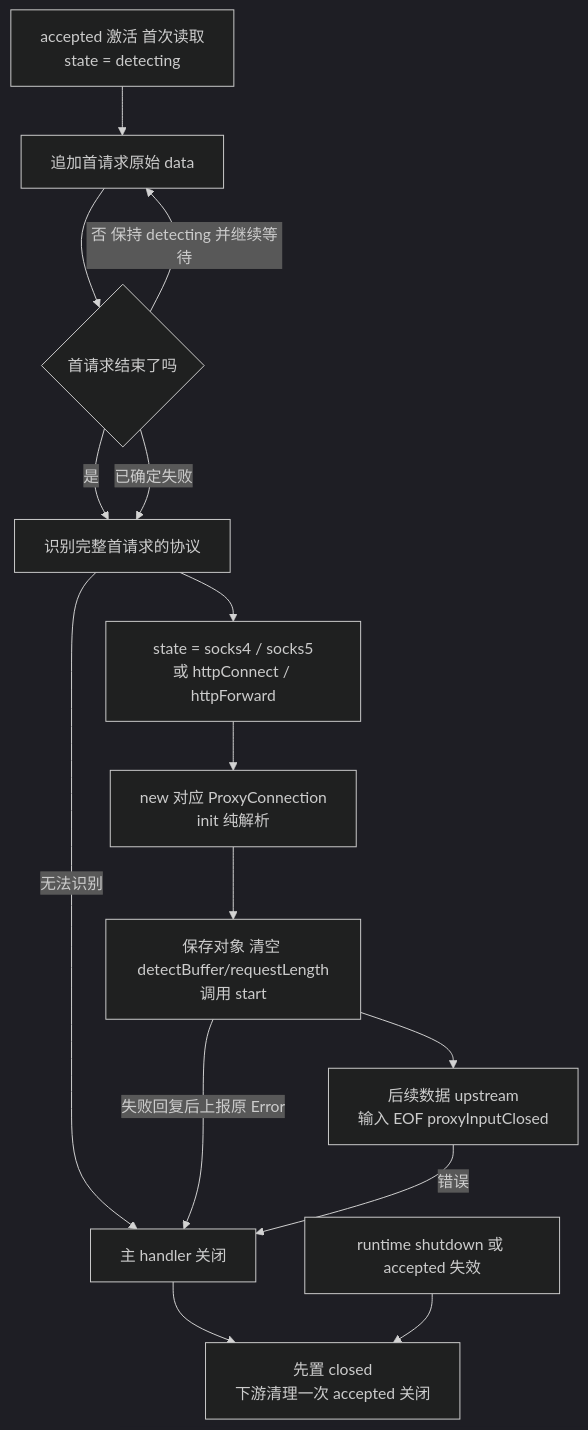
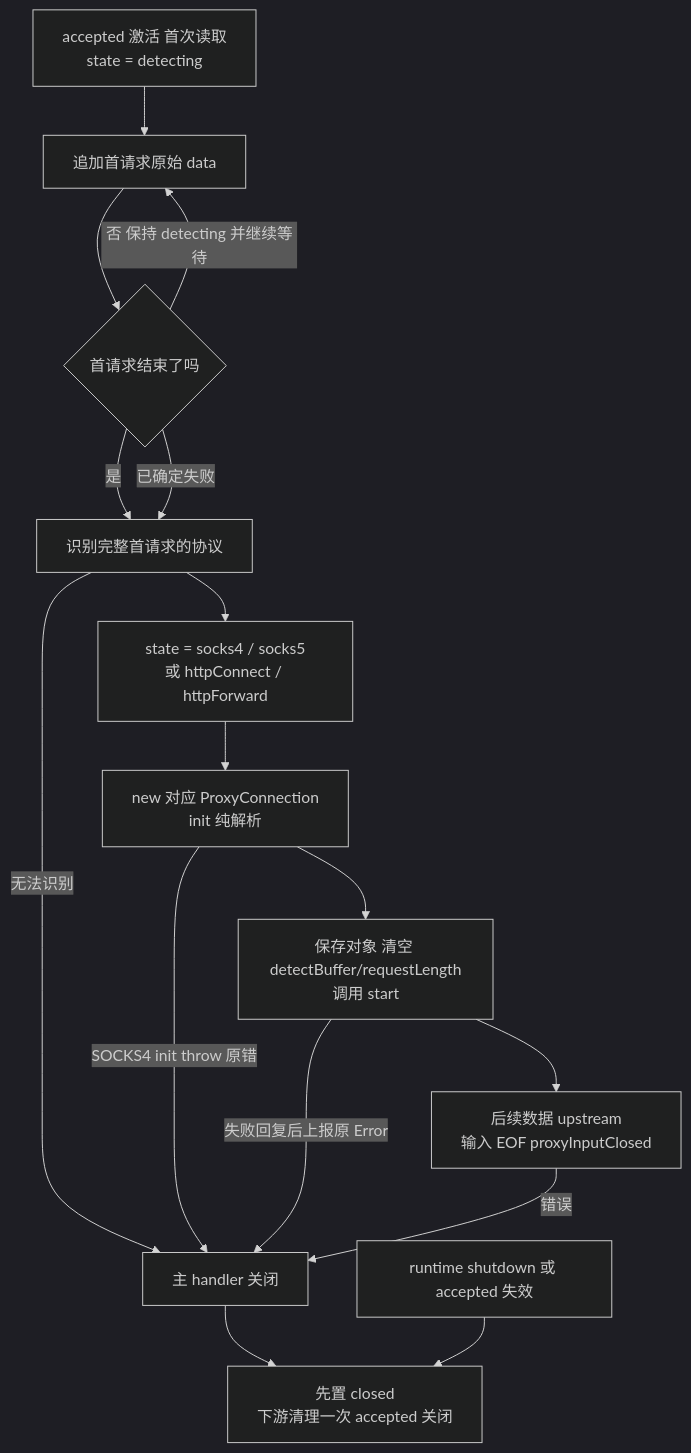
Before and after one commit to marlinl/magent: the first of 2 diagrams in Magent/docs/design/MagentTCPConnection-DESIGN.md, drawn with Mermaid (dark theme). The commit also changed other lines of this file and 10 other files, not shown here.

````diff
--- a/Magent/docs/design/MagentTCPConnection-DESIGN.md
+++ b/Magent/docs/design/MagentTCPConnection-DESIGN.md
@@ -247,17 +432,18 @@
 ```mermaid
 flowchart TD
     A[accepted 激活 首次读取<br/>state = detecting] --> B[追加首请求原始 data]
     B --> C{首请求结束了吗}
     C -->|否 保持 detecting 并继续等待| B
     C -->|是| D[识别完整首请求的协议]
     D --> E[state = socks4 / socks5<br/>或 httpConnect / httpForward]
     E --> F[new 对应 ProxyConnection<br/>init 纯解析]
     F --> G[保存对象 清空 detectBuffer/requestLength<br/>调用 start]
     G --> H[后续数据 upstream<br/>输入 EOF proxyInputClosed]
     C -->|已确定失败| D
     D -->|无法识别| I[主 handler 关闭]
+    F -->|SOCKS4 init throw 原错| I
     G -->|失败回复后上报原 Error| I
     H -->|错误| I
     I --> J[先置 closed<br/>下游清理一次 accepted 关闭]
     K[runtime shutdown 或 accepted 失效] --> J
 ```
````
